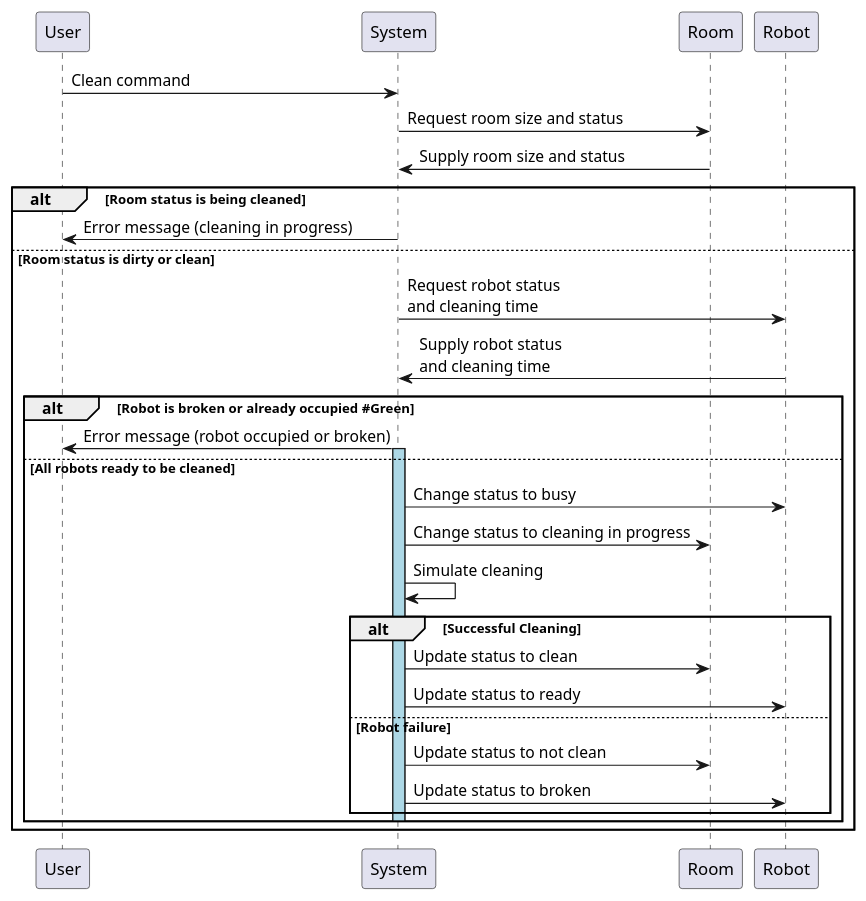
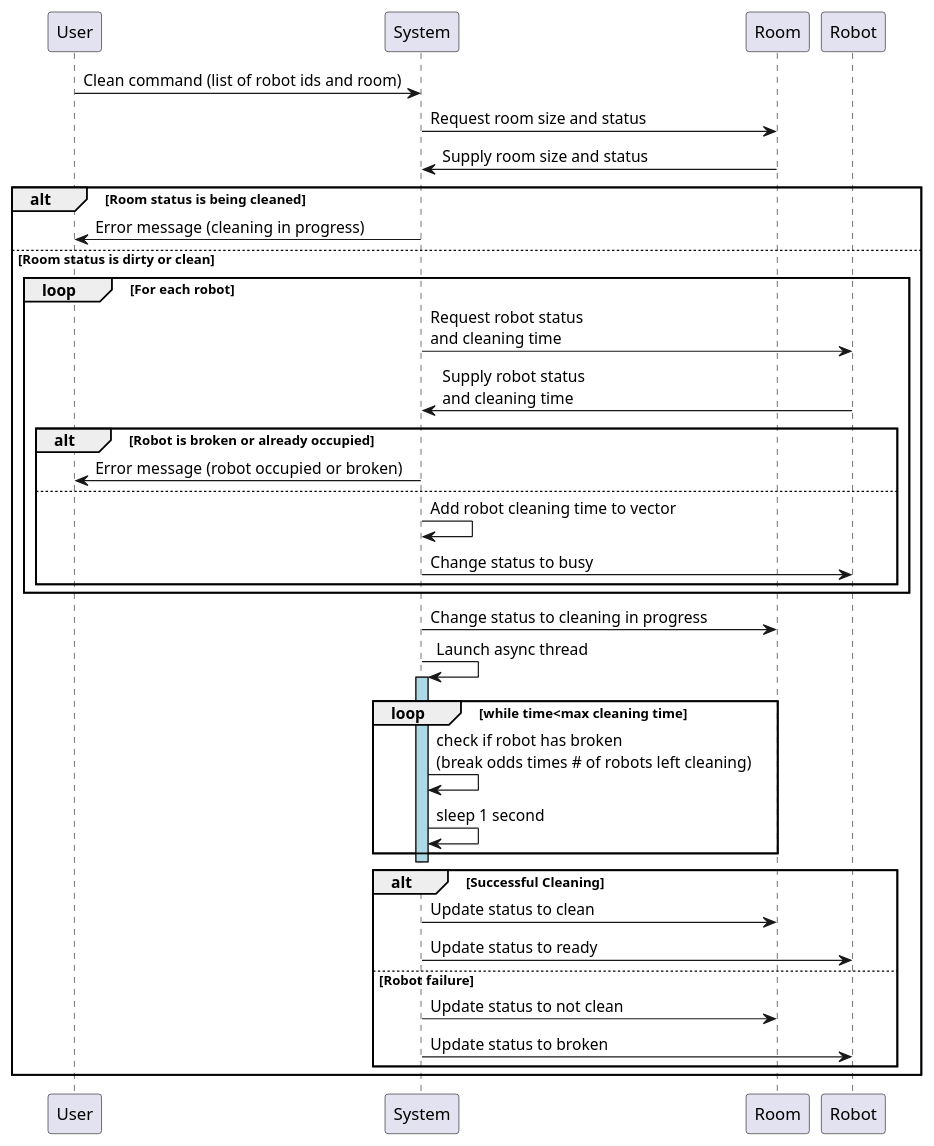
Before and after one commit to arisk02/robot-fleet-management-system: the diagram in docs/design/sequence_diagrams/clean_room_seq_diag.puml, drawn with PlantUML.

Commit message:
updated clean sequence diagram w added async info

```diff
--- a/docs/design/sequence_diagrams/clean_room_seq_diag.puml
+++ b/docs/design/sequence_diagrams/clean_room_seq_diag.puml
@@ -1,28 +1,35 @@
 @startuml
-User -> System : Clean command
+User -> System : Clean command (list of robot ids and room)
 System -> Room : Request room size and status
 Room -> System : Supply room size and status
 alt Room status is being cleaned 
     System -> User : Error message (cleaning in progress)
 else Room status is dirty or clean
+    loop For each robot
     System -> Robot : Request robot status\nand cleaning time 
     Robot -> System : Supply robot status\nand cleaning time
-    alt Robot is broken or already occupied #Green
+    alt Robot is broken or already occupied
         System -> User : Error message (robot occupied or broken)
-    else All robots ready to be cleaned
+    else
+        System -> System : Add robot cleaning time to vector
+        System -> Robot : Change status to busy
+    end
+    end
+    System -> Room : Change status to cleaning in progress
+    System -> System : Launch async thread
+    loop while time<max cleaning time
         activate System #LightBlue
-        System -> Robot : Change status to busy
-        System -> Room : Change status to cleaning in progress
-        System -> System : Simulate cleaning
-        alt Successful Cleaning
-            System -> Room : Update status to clean
-            System -> Robot : Update status to ready
-        else Robot failure
-            System -> Room : Update status to not clean
-            System -> Robot : Update status to broken
-        end
-        deactivate System
+        System -> System : check if robot has broken\n(break odds times # of robots left cleaning)
+        System -> System : sleep 1 second
+    end
+    deactivate System
+    alt Successful Cleaning
+        System -> Room : Update status to clean
+        System -> Robot : Update status to ready
+    else Robot failure
+        System -> Room : Update status to not clean
+        System -> Robot : Update status to broken
     end
 end
 
 @enduml
```
